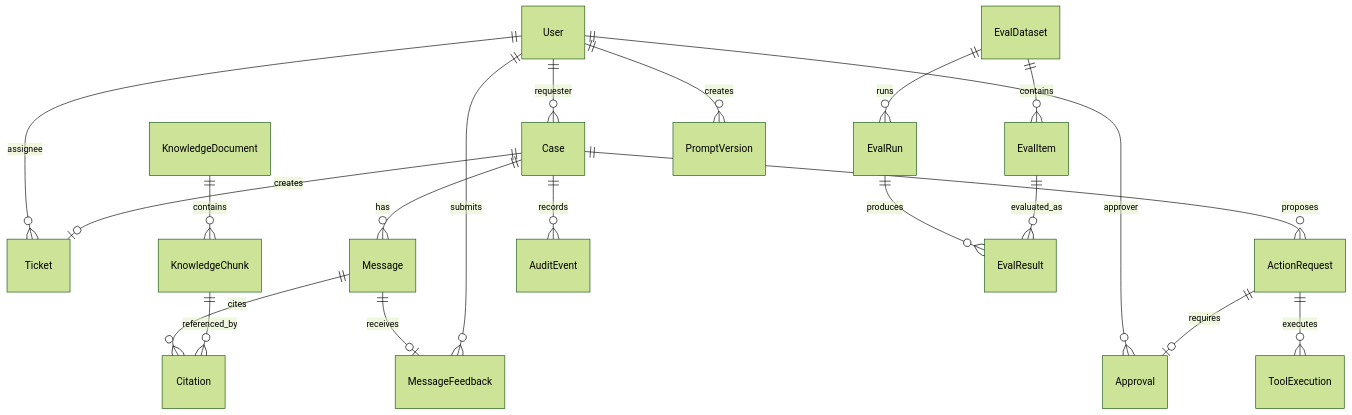
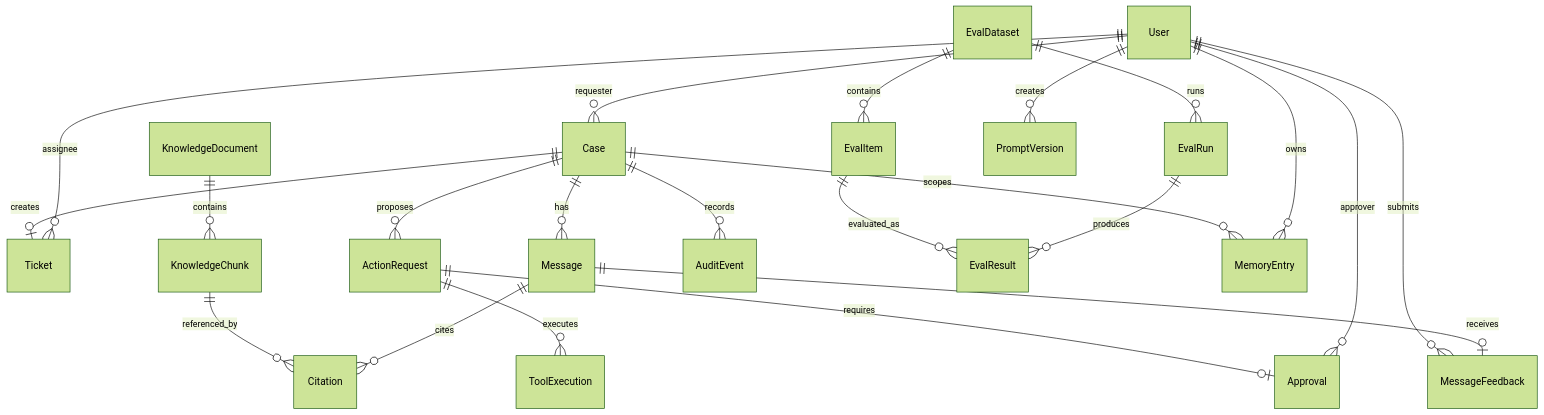
The first of 6 diagrams in docs/data-model-and-state-machines.md (fenghe1219/safedesk-agent), drawn with Mermaid (forest theme) before and after one commit. The commit also changed other lines of this file and 30 other files, not shown here.

````diff
--- a/docs/data-model-and-state-machines.md
+++ b/docs/data-model-and-state-machines.md
@@ -39,22 +40,24 @@
 ```mermaid
 erDiagram
   User ||--o{ Case : requester
   User ||--o{ Ticket : assignee
   User ||--o{ Approval : approver
   KnowledgeDocument ||--o{ KnowledgeChunk : contains
   Case ||--o{ Message : has
   Message ||--o{ Citation : cites
   KnowledgeChunk ||--o{ Citation : referenced_by
   Case ||--o| Ticket : creates
   Case ||--o{ ActionRequest : proposes
   ActionRequest ||--o| Approval : requires
   ActionRequest ||--o{ ToolExecution : executes
   Case ||--o{ AuditEvent : records
   EvalDataset ||--o{ EvalItem : contains
   EvalDataset ||--o{ EvalRun : runs
   EvalRun ||--o{ EvalResult : produces
   EvalItem ||--o{ EvalResult : evaluated_as
   User ||--o{ PromptVersion : creates
   Message ||--o| MessageFeedback : receives
   User ||--o{ MessageFeedback : submits
+  User ||--o{ MemoryEntry : owns
+  Case ||--o{ MemoryEntry : scopes
 ```
````
